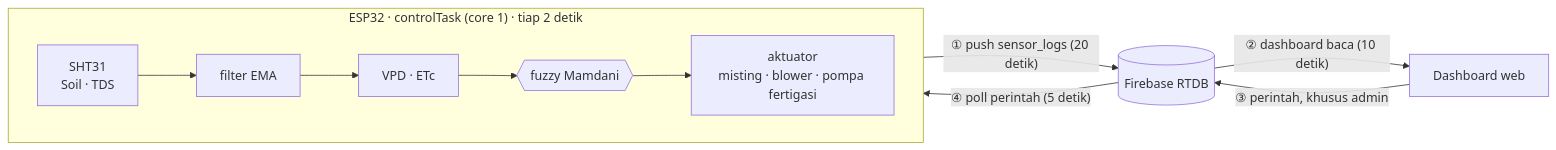
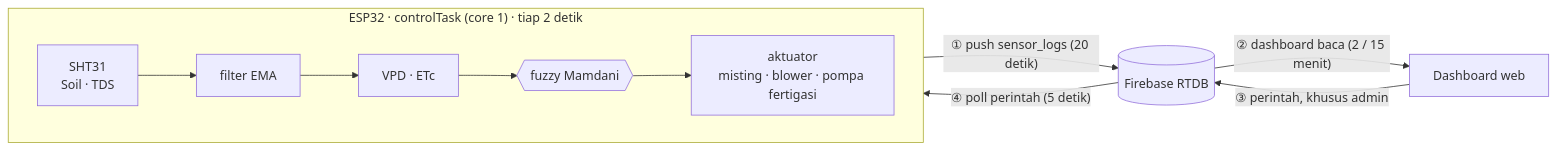
One commit to will-zx/smart-greenhouse-dashboard changed the diagram in README.md. Above: the diagram before and after it, drawn with Mermaid. The commit also changed other lines of this file, not shown here.

````diff
--- a/README.md
+++ b/README.md
@@ -122,13 +189,13 @@
 ```mermaid
 flowchart LR
   subgraph ESP ["ESP32 · controlTask (core 1) · tiap 2 detik"]
     direction LR
     S["SHT31<br/>Soil · TDS"] --> F["filter EMA"] --> V["VPD · ETc"] --> Z{{"fuzzy Mamdani"}} --> A["aktuator<br/>misting · blower · pompa fertigasi"]
   end
   R[("Firebase RTDB")]
   D["Dashboard web"]
   A -- "① push sensor_logs (20 detik)" --> R
-  R -- "② dashboard baca (10 detik)" --> D
+  R -- "② dashboard baca (2 / 15 menit)" --> D
   D -- "③ perintah, khusus admin" --> R
   R -- "④ poll perintah (5 detik)" --> A
 ```
````
